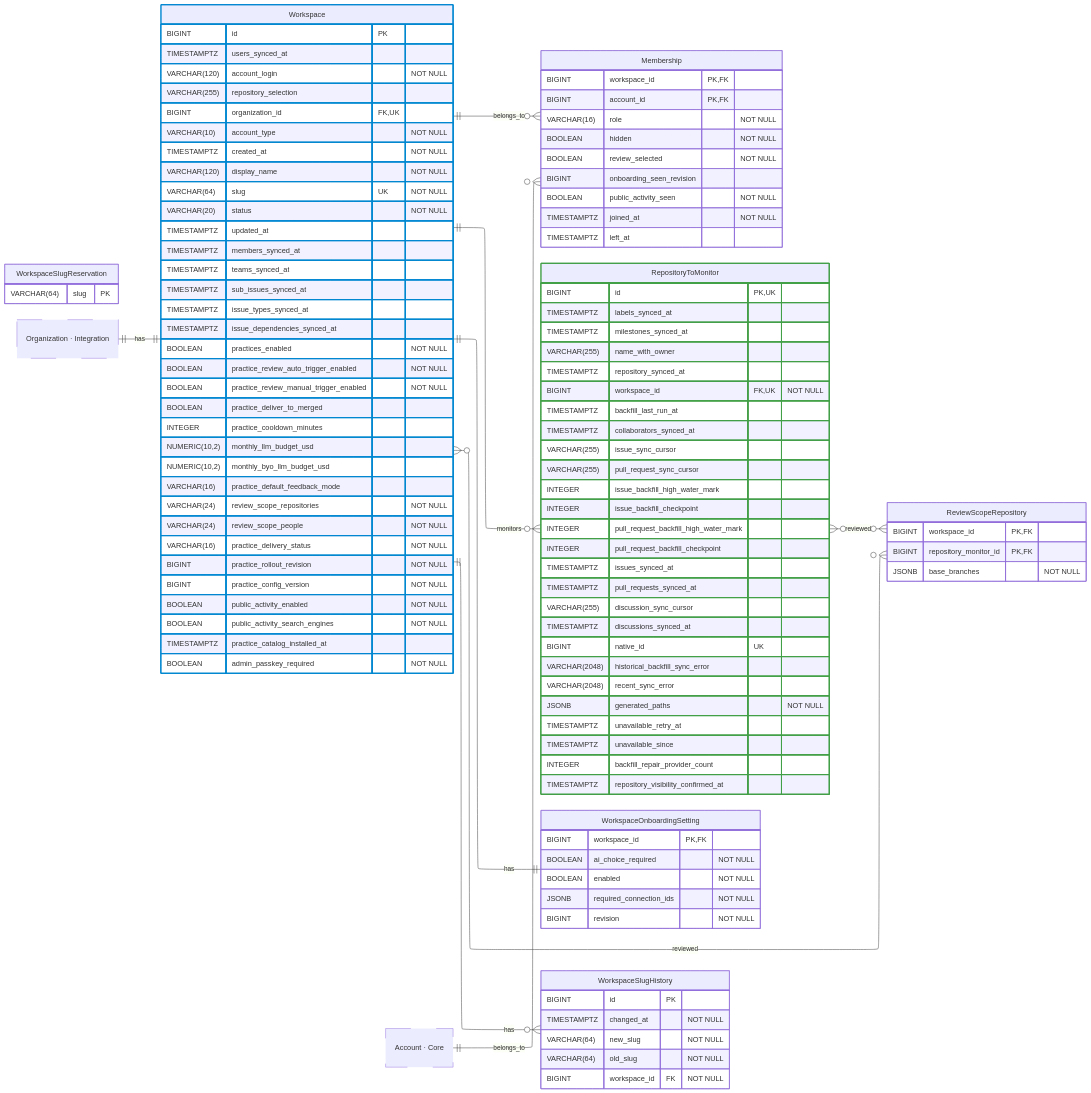
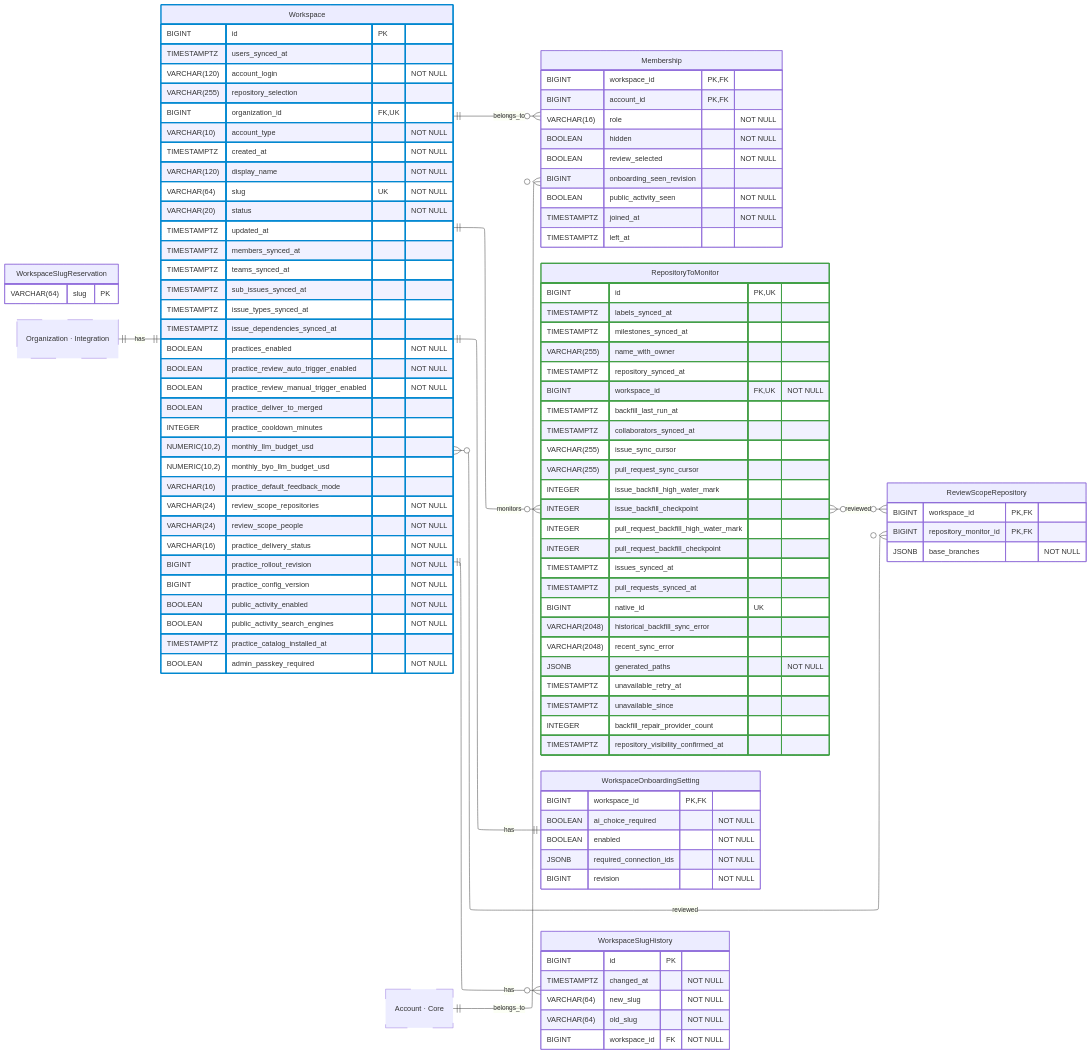
The diagram in docs/contributor/erd/workspace.mmd (hephaestus-build/Hephaestus), drawn with Mermaid before and after one commit. The commit also changed 172 other files, not shown here.

```diff
--- a/docs/contributor/erd/workspace.mmd
+++ b/docs/contributor/erd/workspace.mmd
@@ -1,142 +1,140 @@
 ---
 config:
     layout: elk
 ---
 erDiagram
     %% Generated automatically from PostgreSQL database schema
     %% using scripts/generate-mermaid-erd.ts
     %% To regenerate: vp run db:generate-erd-docs
 
     direction LR
 
     Membership {
         BIGINT workspace_id PK,FK
         BIGINT account_id PK,FK
         VARCHAR(16) role "NOT NULL"
         BOOLEAN hidden "NOT NULL"
         BOOLEAN review_selected "NOT NULL"
         BIGINT onboarding_seen_revision
         BOOLEAN public_activity_seen "NOT NULL"
         TIMESTAMPTZ joined_at "NOT NULL"
         TIMESTAMPTZ left_at
     }
 
     RepositoryToMonitor {
         BIGINT id PK,UK
         TIMESTAMPTZ labels_synced_at
         TIMESTAMPTZ milestones_synced_at
         VARCHAR(255) name_with_owner
         TIMESTAMPTZ repository_synced_at
         BIGINT workspace_id FK,UK "NOT NULL"
         TIMESTAMPTZ backfill_last_run_at
         TIMESTAMPTZ collaborators_synced_at
         VARCHAR(255) issue_sync_cursor
         VARCHAR(255) pull_request_sync_cursor
         INTEGER issue_backfill_high_water_mark
         INTEGER issue_backfill_checkpoint
         INTEGER pull_request_backfill_high_water_mark
         INTEGER pull_request_backfill_checkpoint
         TIMESTAMPTZ issues_synced_at
         TIMESTAMPTZ pull_requests_synced_at
-        VARCHAR(255) discussion_sync_cursor
-        TIMESTAMPTZ discussions_synced_at
         BIGINT native_id UK
         VARCHAR(2048) historical_backfill_sync_error
         VARCHAR(2048) recent_sync_error
         JSONB generated_paths "NOT NULL"
         TIMESTAMPTZ unavailable_retry_at
         TIMESTAMPTZ unavailable_since
         INTEGER backfill_repair_provider_count
         TIMESTAMPTZ repository_visibility_confirmed_at
     }
 
     ReviewScopeRepository {
         BIGINT workspace_id PK,FK
         BIGINT repository_monitor_id PK,FK
         JSONB base_branches "NOT NULL"
     }
 
     Workspace {
         BIGINT id PK
         TIMESTAMPTZ users_synced_at
         VARCHAR(120) account_login "NOT NULL"
         VARCHAR(255) repository_selection
         BIGINT organization_id FK,UK
         VARCHAR(10) account_type "NOT NULL"
         TIMESTAMPTZ created_at "NOT NULL"
         VARCHAR(120) display_name "NOT NULL"
         VARCHAR(64) slug UK "NOT NULL"
         VARCHAR(20) status "NOT NULL"
         TIMESTAMPTZ updated_at
         TIMESTAMPTZ members_synced_at
         TIMESTAMPTZ teams_synced_at
         TIMESTAMPTZ sub_issues_synced_at
         TIMESTAMPTZ issue_types_synced_at
         TIMESTAMPTZ issue_dependencies_synced_at
         BOOLEAN practices_enabled "NOT NULL"
         BOOLEAN practice_review_auto_trigger_enabled "NOT NULL"
         BOOLEAN practice_review_manual_trigger_enabled "NOT NULL"
         BOOLEAN practice_deliver_to_merged
         INTEGER practice_cooldown_minutes
         NUMERIC(10,2) monthly_llm_budget_usd
         NUMERIC(10,2) monthly_byo_llm_budget_usd
         VARCHAR(16) practice_default_feedback_mode
         VARCHAR(24) review_scope_repositories "NOT NULL"
         VARCHAR(24) review_scope_people "NOT NULL"
         VARCHAR(16) practice_delivery_status "NOT NULL"
         BIGINT practice_rollout_revision "NOT NULL"
         BIGINT practice_config_version "NOT NULL"
         BOOLEAN public_activity_enabled "NOT NULL"
         BOOLEAN public_activity_search_engines "NOT NULL"
         TIMESTAMPTZ practice_catalog_installed_at
         BOOLEAN admin_passkey_required "NOT NULL"
     }
 
     WorkspaceOnboardingSetting {
         BIGINT workspace_id PK,FK
         BOOLEAN ai_choice_required "NOT NULL"
         BOOLEAN enabled "NOT NULL"
         JSONB required_connection_ids "NOT NULL"
         BIGINT revision "NOT NULL"
     }
 
     WorkspaceSlugHistory {
         BIGINT id PK
         TIMESTAMPTZ changed_at "NOT NULL"
         VARCHAR(64) new_slug "NOT NULL"
         VARCHAR(64) old_slug "NOT NULL"
         BIGINT workspace_id FK "NOT NULL"
     }
 
     WorkspaceSlugReservation {
         VARCHAR(64) slug PK
     }
 
     Account["Account · Core"]
     Organization["Organization · Integration"]
 
     %% Relationships
     %% One-to-One relationships
     Organization ||--|| Workspace : has
     Workspace ||--|| WorkspaceOnboardingSetting : has
 
     %% One-to-Many relationships
     Account ||--o{ Membership : belongs_to
     Workspace ||--o{ Membership : belongs_to
     Workspace ||--o{ RepositoryToMonitor : monitors
     Workspace ||--o{ WorkspaceSlugHistory : has
 
     %% Many-to-Many relationships
     RepositoryToMonitor }o--o{ ReviewScopeRepository : reviewed
     Workspace }o--o{ ReviewScopeRepository : reviewed
 
     %% Styling
     classDef primaryEntity stroke:#0288d1,stroke-width:2px
     classDef associationEntity stroke:#8e24aa,stroke-width:2px
     classDef metadataEntity stroke:#43a047,stroke-width:2px
     classDef referenceEntity stroke-dasharray:5 5
 
     class Account referenceEntity
     class Organization referenceEntity
     class RepositoryToMonitor metadataEntity
     class Workspace primaryEntity
```
